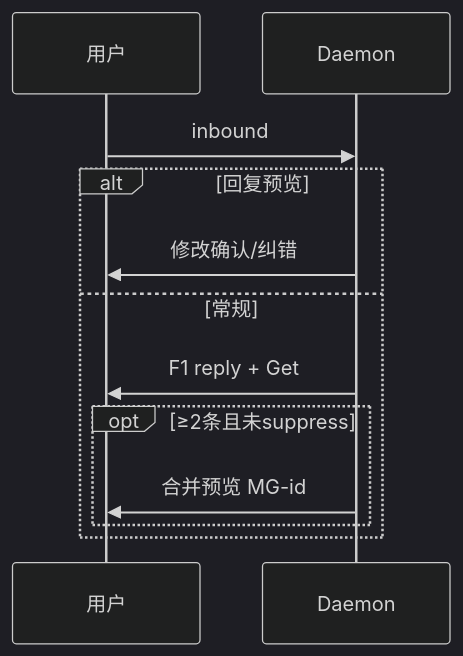
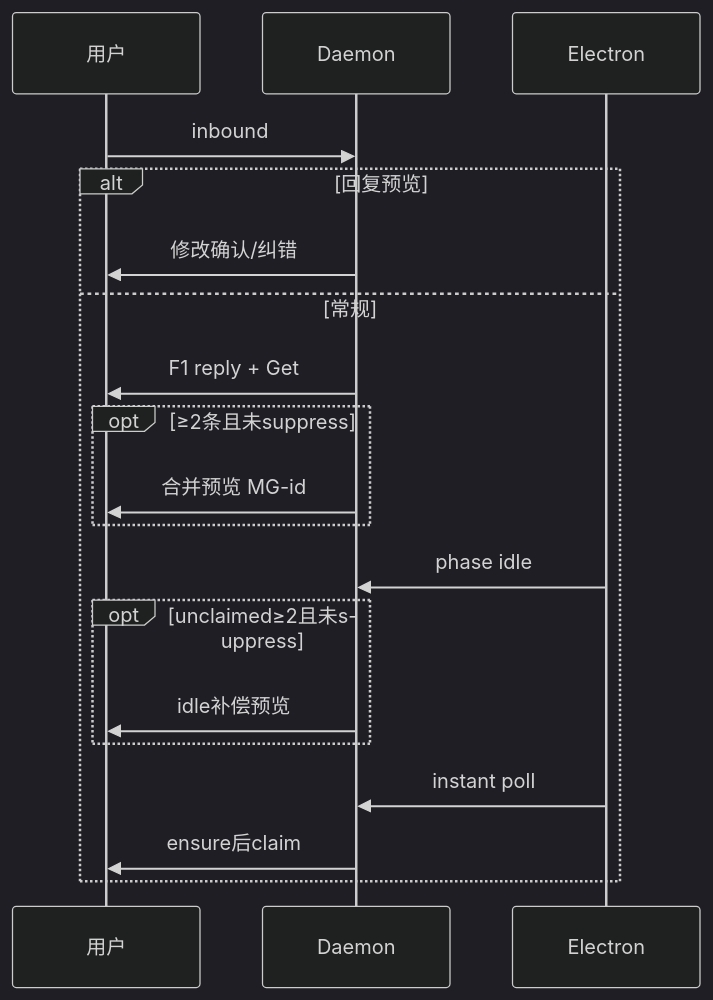
Before and after one commit to lk-eternal/cursor-claw: the diagram in knowledge/业务域/消息桥接/02-飞书通道.md, drawn with Mermaid (dark theme). The commit also changed other lines of this file and 16 other files, not shown here.

````diff
--- a/knowledge/业务域/消息桥接/02-飞书通道.md
+++ b/knowledge/业务域/消息桥接/02-飞书通道.md
@@ -28,14 +30,21 @@
 ```mermaid
 sequenceDiagram
   participant U as 用户
   participant D as Daemon
+  participant E as Electron
   U->>D: inbound
   alt 回复预览
     D->>U: 修改确认/纠错
   else 常规
     D->>U: F1 reply + Get
     opt ≥2条且未suppress
       D->>U: 合并预览 MG-id
     end
+    E->>D: phase idle
+    opt unclaimed≥2且未suppress
+      D->>U: idle补偿预览
+    end
+    E->>D: instant poll
+    D->>U: ensure后claim
   end
 ```
````
